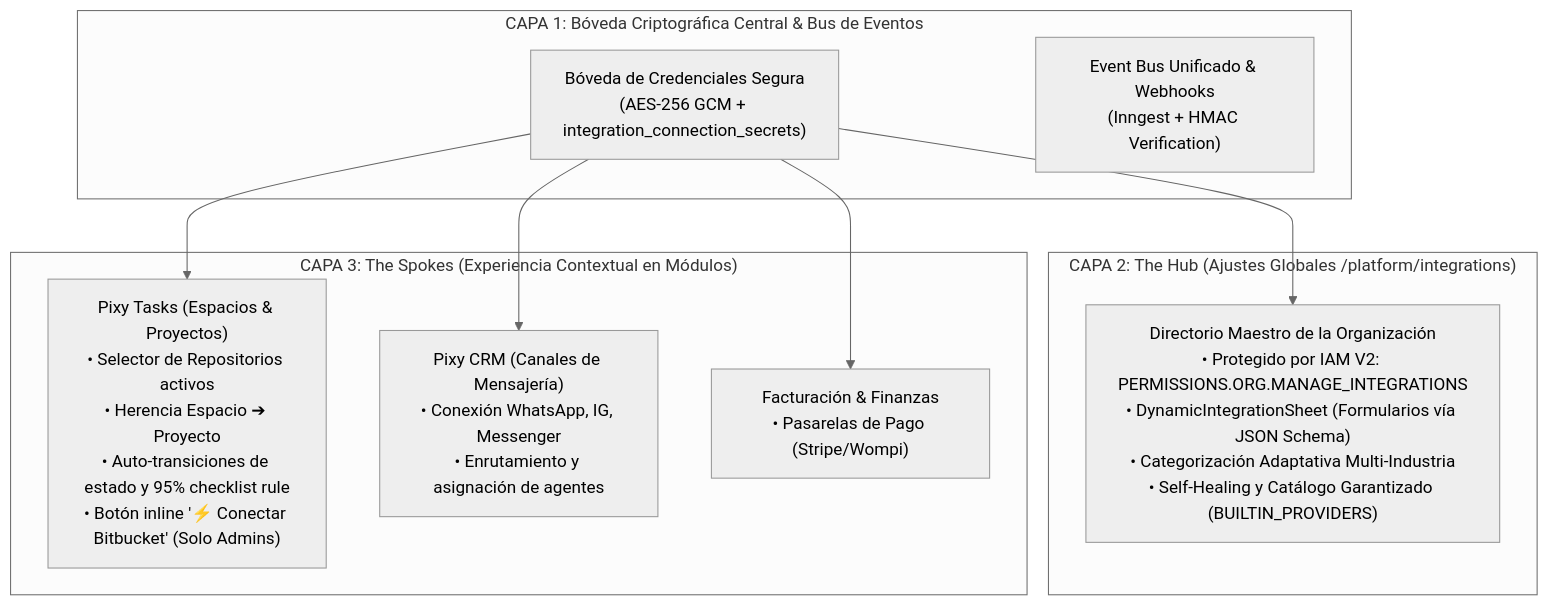
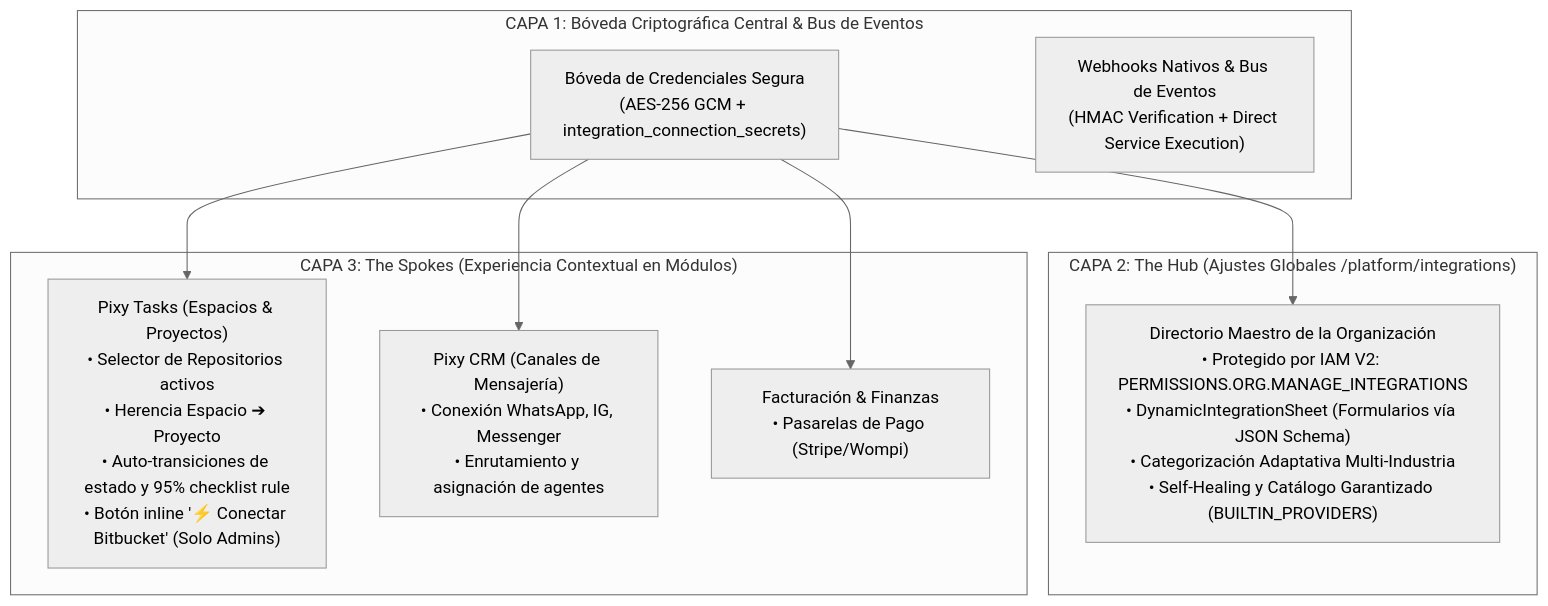
Before and after one commit to ChristianGroove/agency-manager: the diagram in docs/2-architecture/modules/vcs-and-integrations-hub-spoke.md, drawn with Mermaid (neutral theme). The commit also changed other lines of this file and 7 other files, not shown here.

````diff
--- a/docs/2-architecture/modules/vcs-and-integrations-hub-spoke.md
+++ b/docs/2-architecture/modules/vcs-and-integrations-hub-spoke.md
@@ -11,22 +11,22 @@
 ```mermaid
 flowchart TD
     subgraph CAPA1["CAPA 1: Bóveda Criptográfica Central & Bus de Eventos"]
         Vault["Bóveda de Credenciales Segura<br/>(AES-256 GCM + integration_connection_secrets)"]
-        Webhooks["Event Bus Unificado & Webhooks<br/>(Inngest + HMAC Verification)"]
+        Webhooks["Webhooks Nativos & Bus de Eventos<br/>(HMAC Verification + Direct Service Execution)"]
     end
 
     subgraph CAPA2["CAPA 2: The Hub (Ajustes Globales /platform/integrations)"]
         Marketplace["Directorio Maestro de la Organización<br/>• Protegido por IAM V2: PERMISSIONS.ORG.MANAGE_INTEGRATIONS<br/>• DynamicIntegrationSheet (Formularios vía JSON Schema)<br/>• Categorización Adaptativa Multi-Industria<br/>• Self-Healing y Catálogo Garantizado (BUILTIN_PROVIDERS)"]
     end
 
     subgraph CAPA3["CAPA 3: The Spokes (Experiencia Contextual en Módulos)"]
         TasksModule["Pixy Tasks (Espacios & Proyectos)<br/>• Selector de Repositorios activos<br/>• Herencia Espacio ➔ Proyecto<br/>• Auto-transiciones de estado y 95% checklist rule<br/>• Botón inline '⚡ Conectar Bitbucket' (Solo Admins)"]
         CRMModule["Pixy CRM (Canales de Mensajería)<br/>• Conexión WhatsApp, IG, Messenger<br/>• Enrutamiento y asignación de agentes"]
         BillingModule["Facturación & Finanzas<br/>• Pasarelas de Pago (Stripe/Wompi)"]
     end
 
     Vault --> Marketplace
     Vault --> TasksModule
     Vault --> CRMModule
     Vault --> BillingModule
 ```
````
